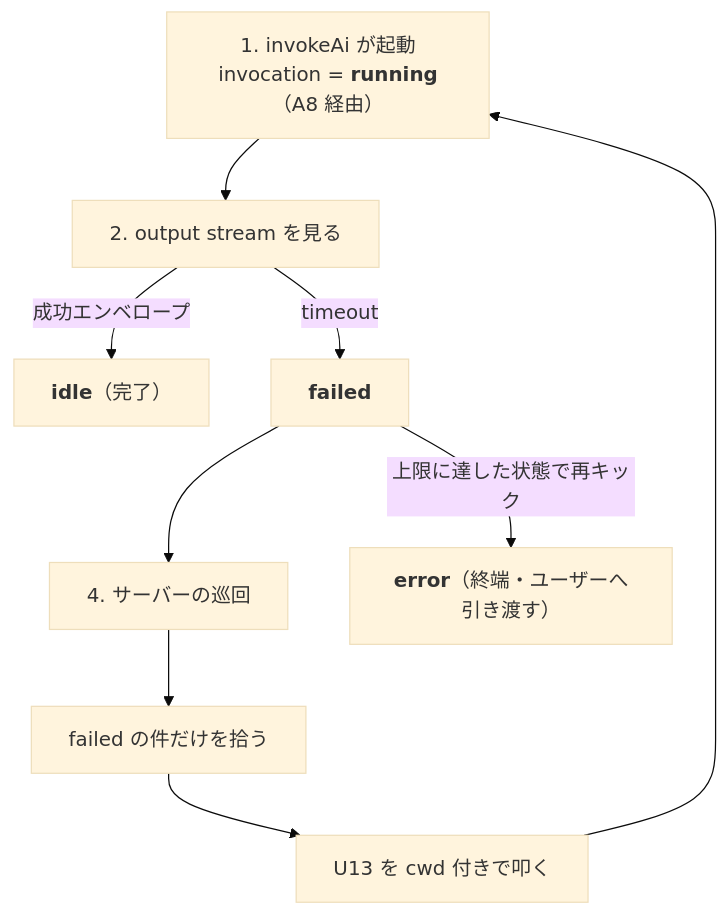
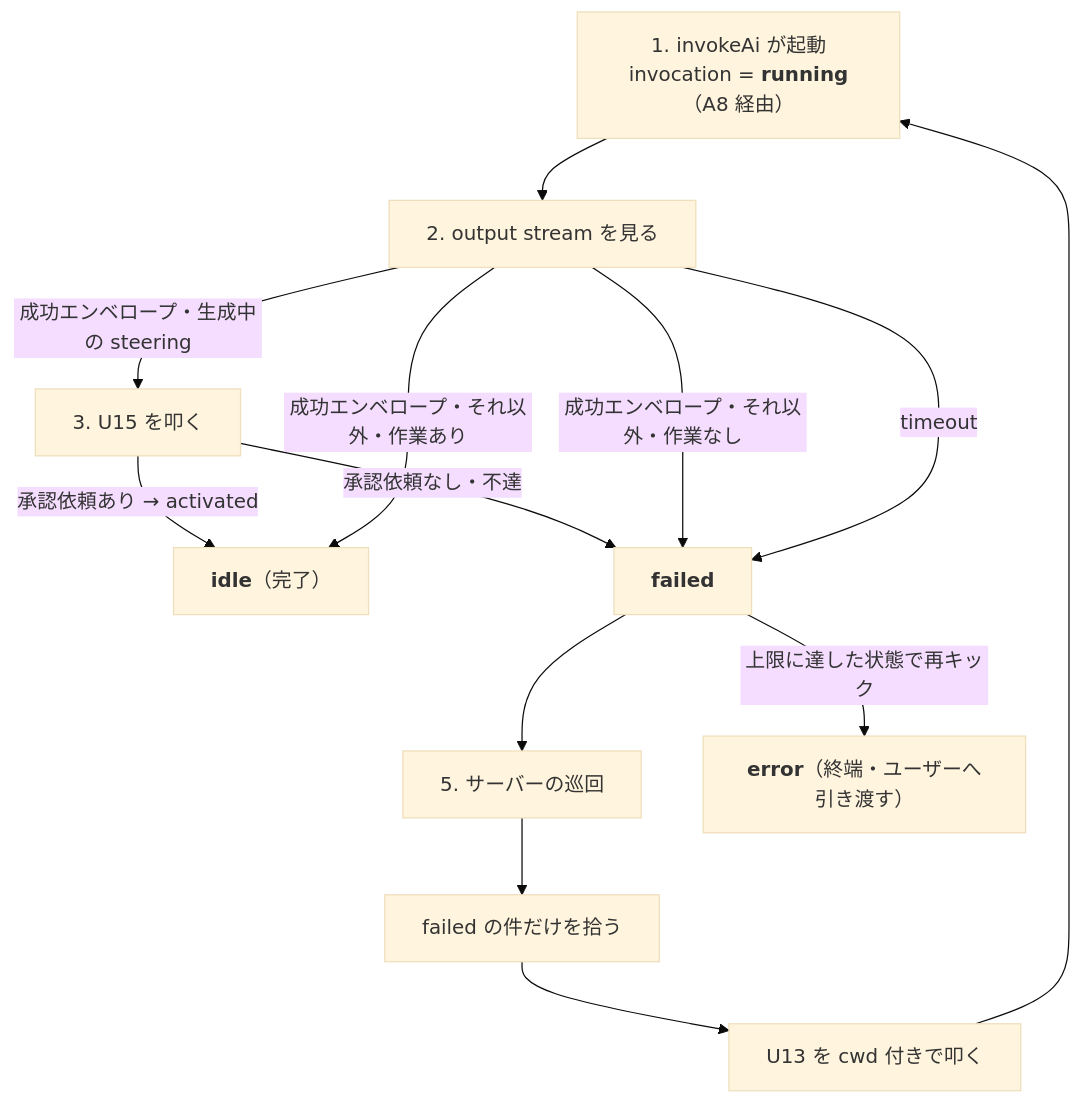
Before and after one commit to grrowapp/stroke: the third of 4 diagrams in docs/specs/plan/portal-stroke-exit.md, drawn with Mermaid (base theme). The commit also changed other lines of this file and 61 other files, not shown here.

````diff
--- a/docs/specs/plan/portal-stroke-exit.md
+++ b/docs/specs/plan/portal-stroke-exit.md
@@ -76,8 +79,12 @@
 ```mermaid
 flowchart TB
   launch["1. invokeAi が起動<br>invocation = <b>running</b>（A8 経由）"] --> watch["2. output stream を見る"]
-  watch -- "成功エンベロープ" --> idle["<b>idle</b>（完了）"]
-  watch -- "timeout" --> f["<b>failed</b>"]
-  f --> crawl["4. サーバーの巡回"] --> fetch["failed の件だけを拾う"] --> relaunch["U13 を cwd 付きで叩く"] --> launch
+  watch -- "成功エンベロープ・生成中の steering" --> u15["3. U15 を叩く"]
+  u15 -- "承認依頼あり → activated" --> idle["<b>idle</b>（完了）"]
+  u15 -- "承認依頼なし・不達" --> f["<b>failed</b>"]
+  watch -- "成功エンベロープ・それ以外・作業あり" --> idle
+  watch -- "成功エンベロープ・それ以外・作業なし" --> f
+  watch -- "timeout" --> f
+  f --> crawl["5. サーバーの巡回"] --> fetch["failed の件だけを拾う"] --> relaunch["U13 を cwd 付きで叩く"] --> launch
   f -- "上限に達した状態で再キック" --> err["<b>error</b>（終端・ユーザーへ引き渡す）"]
 ```
````
